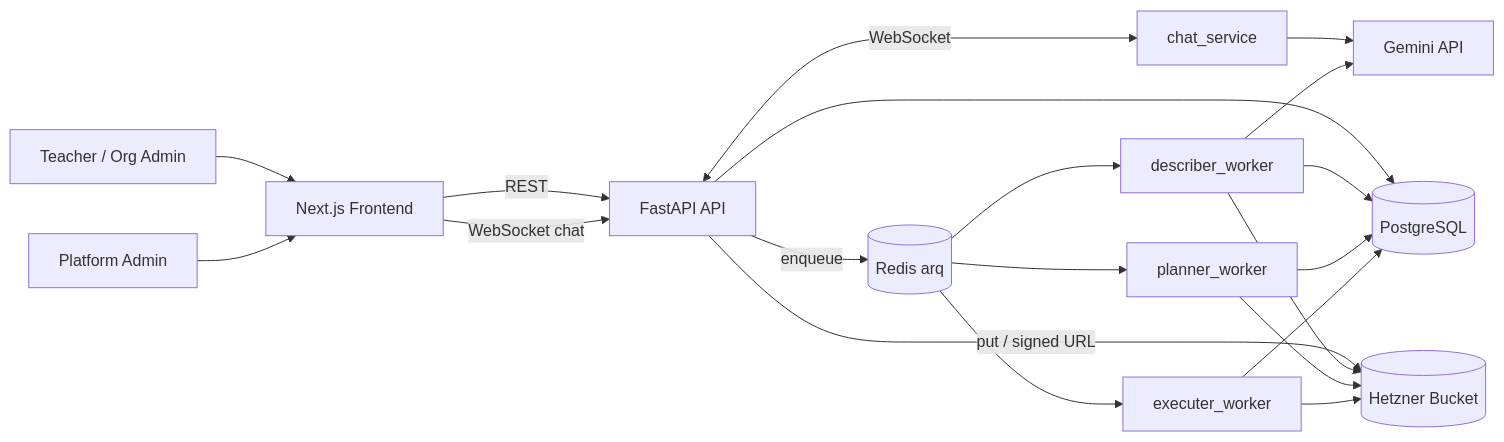
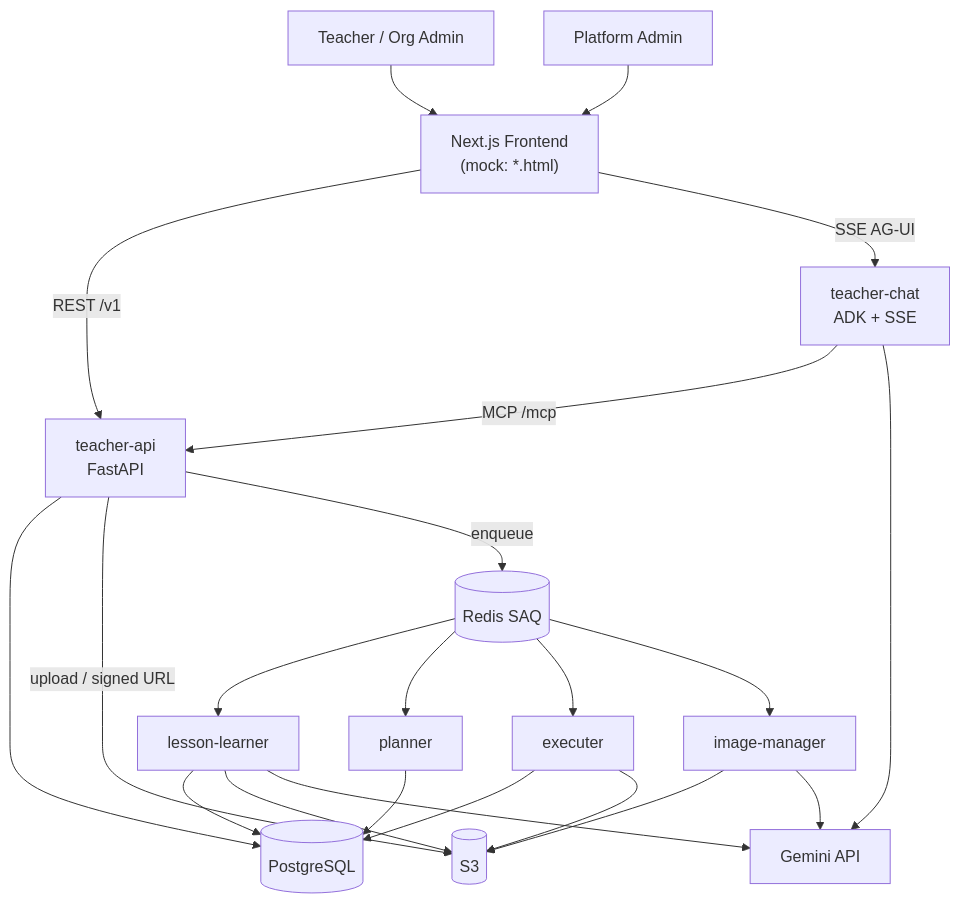
The first of 5 diagrams in docs/architecture/01-system-overview.md (BasselSallam2/teacher-mock), drawn with Mermaid before and after one commit. The commit also changed other lines of this file and 10 other files, not shown here.

Commit message:
Enhance README and add system overview documentation; update media handling and lesson planning architecture. Introduce nested media folders and clarify production stack details.

````diff
--- a/docs/architecture/01-system-overview.md
+++ b/docs/architecture/01-system-overview.md
@@ -46,35 +13,38 @@
 ```mermaid
-flowchart LR
+flowchart TB
   Teacher["Teacher / Org Admin"]
   PlatAdmin["Platform Admin"]
-  Next["Next.js Frontend"]
-  API["FastAPI API"]
-  ChatSvc["chat_service"]
+  Next["Next.js Frontend\n(mock: *.html)"]
+  API["teacher-api\nFastAPI"]
+  Chat["teacher-chat\nADK + SSE"]
   PG[(PostgreSQL)]
-  Redis[(Redis arq)]
-  Bucket[(Hetzner Bucket)]
-  DW["describer_worker"]
-  PW["planner_worker"]
-  EW["executer_worker"]
+  Redis[(Redis SAQ)]
+  S3[(S3)]
+  Learner["lesson-learner"]
+  Planner["planner"]
+  Executer["executer"]
+  Images["image-manager"]
   Gemini["Gemini API"]
 
   Teacher --> Next
   PlatAdmin --> Next
-  Next -->|REST| API
-  Next -->|WebSocket chat| API
-  API <-->|WebSocket| ChatSvc
-  ChatSvc --> Gemini
+  Next -->|REST /v1| API
+  Next -->|SSE AG-UI| Chat
+  Chat -->|MCP /mcp| API
+  Chat --> Gemini
   API --> PG
-  API -->|put / signed URL| Bucket
+  API -->|upload / signed URL| S3
   API -->|enqueue| Redis
-  Redis --> DW
-  Redis --> PW
-  Redis --> EW
-  DW --> PG
-  DW --> Bucket
-  DW --> Gemini
-  PW --> PG
-  PW --> Bucket
-  EW --> PG
-  EW --> Bucket
+  Redis --> Learner
+  Redis --> Planner
+  Redis --> Executer
+  Redis --> Images
+  Learner --> PG
+  Learner --> S3
+  Learner --> Gemini
+  Planner --> PG
+  Executer --> PG
+  Executer --> S3
+  Images --> S3
+  Images --> Gemini
 ```
````
